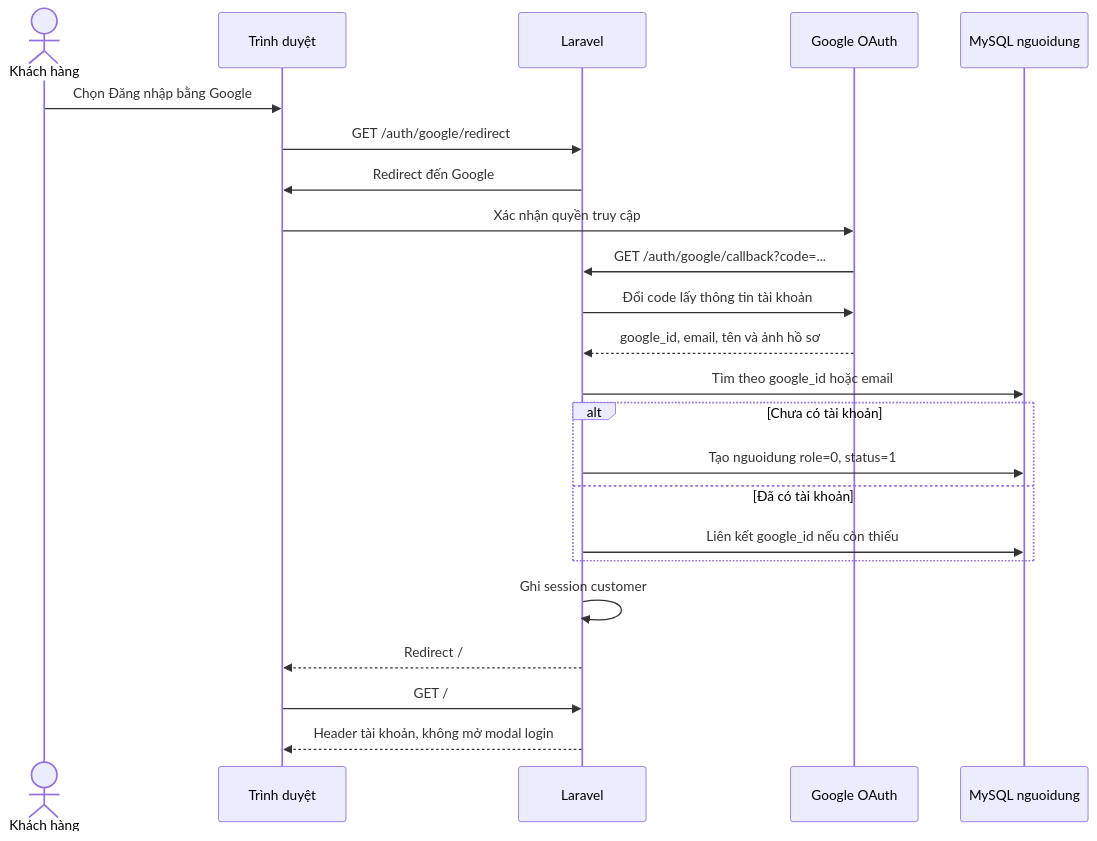
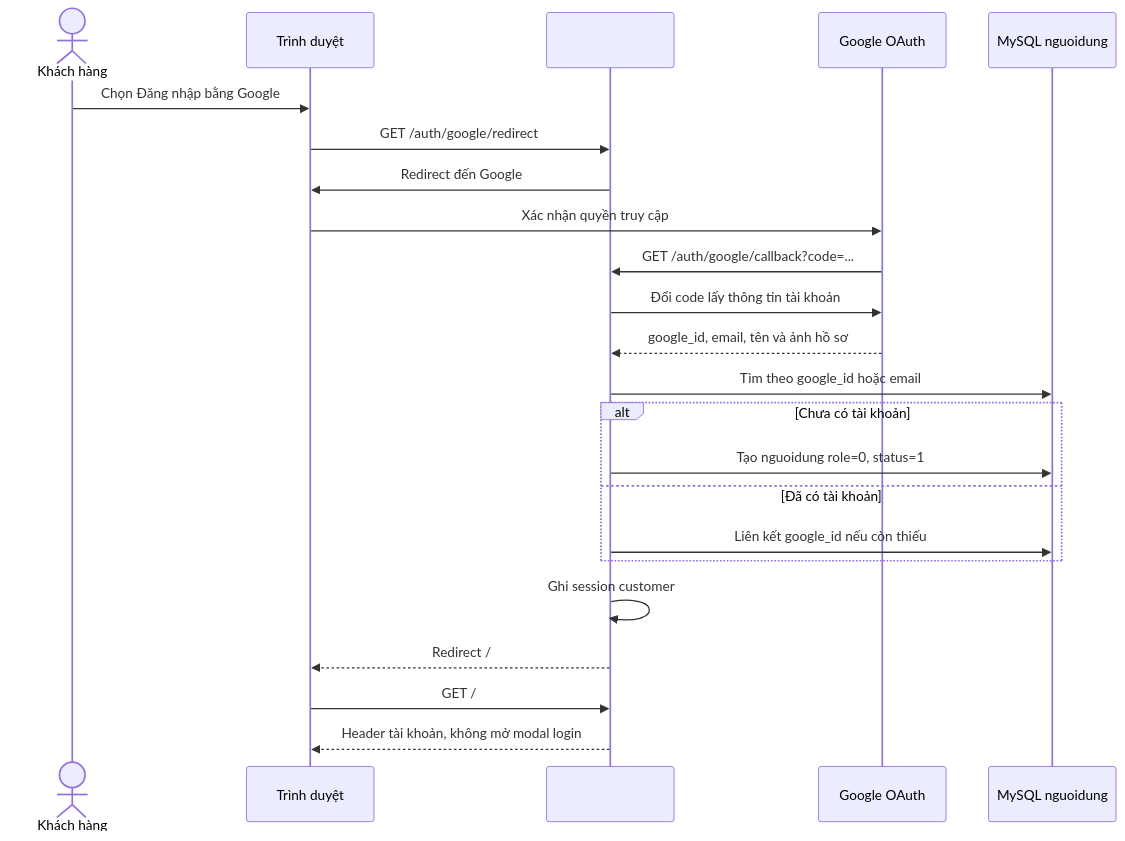
The third of 4 diagrams in README.md (ThuanDepzai03/DuAnTotNghiep), drawn with Mermaid before and after one commit.

Commit message:
sửa sản phẩm

````diff
--- a/README.md
+++ b/README.md
@@ -715,26 +715,26 @@
 ```mermaid
 sequenceDiagram
         actor Customer as Khách hàng
         participant Browser as Trình duyệt
-        participant Laravel as Laravel
+        participant Laravel as
         participant Google as Google OAuth
         participant DB as MySQL nguoidung
 
         Customer->>Browser: Chọn Đăng nhập bằng Google
         Browser->>Laravel: GET /auth/google/redirect
         Laravel->>Browser: Redirect đến Google
         Browser->>Google: Xác nhận quyền truy cập
         Google->>Laravel: GET /auth/google/callback?code=...
         Laravel->>Google: Đổi code lấy thông tin tài khoản
         Google-->>Laravel: google_id, email, tên và ảnh hồ sơ
         Laravel->>DB: Tìm theo google_id hoặc email
         alt Chưa có tài khoản
                 Laravel->>DB: Tạo nguoidung role=0, status=1
         else Đã có tài khoản
                 Laravel->>DB: Liên kết google_id nếu còn thiếu
         end
         Laravel->>Laravel: Ghi session customer
         Laravel-->>Browser: Redirect /
         Browser->>Laravel: GET /
         Laravel-->>Browser: Header tài khoản, không mở modal login
 ```
````
